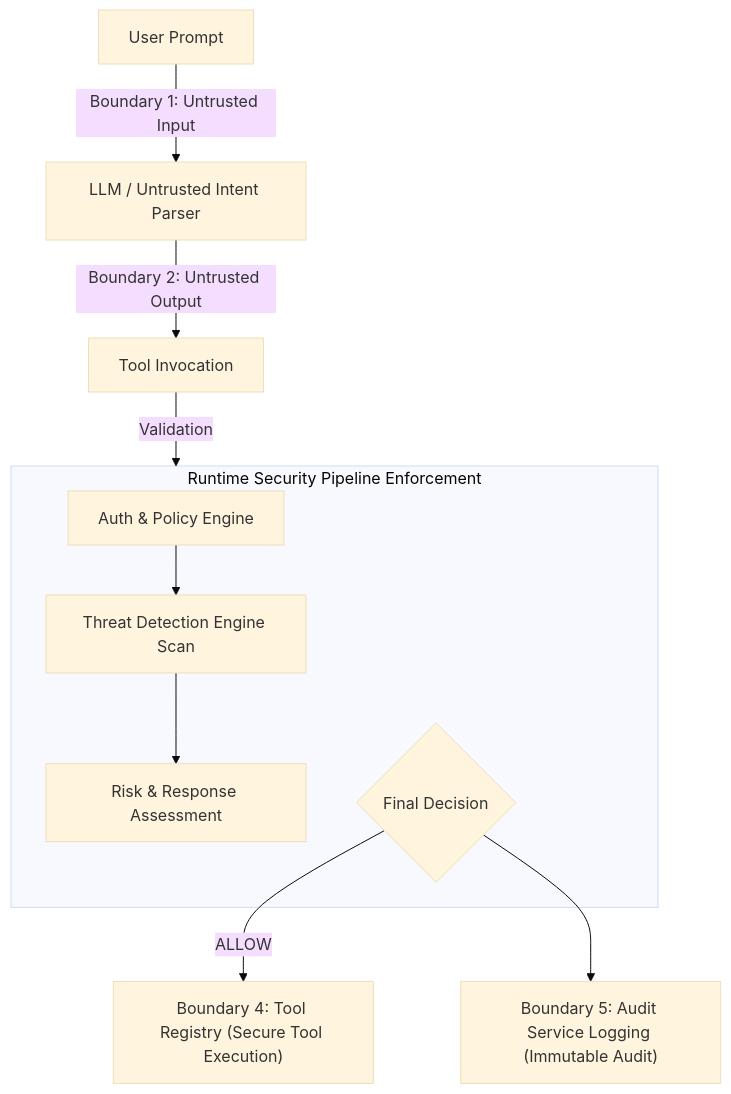
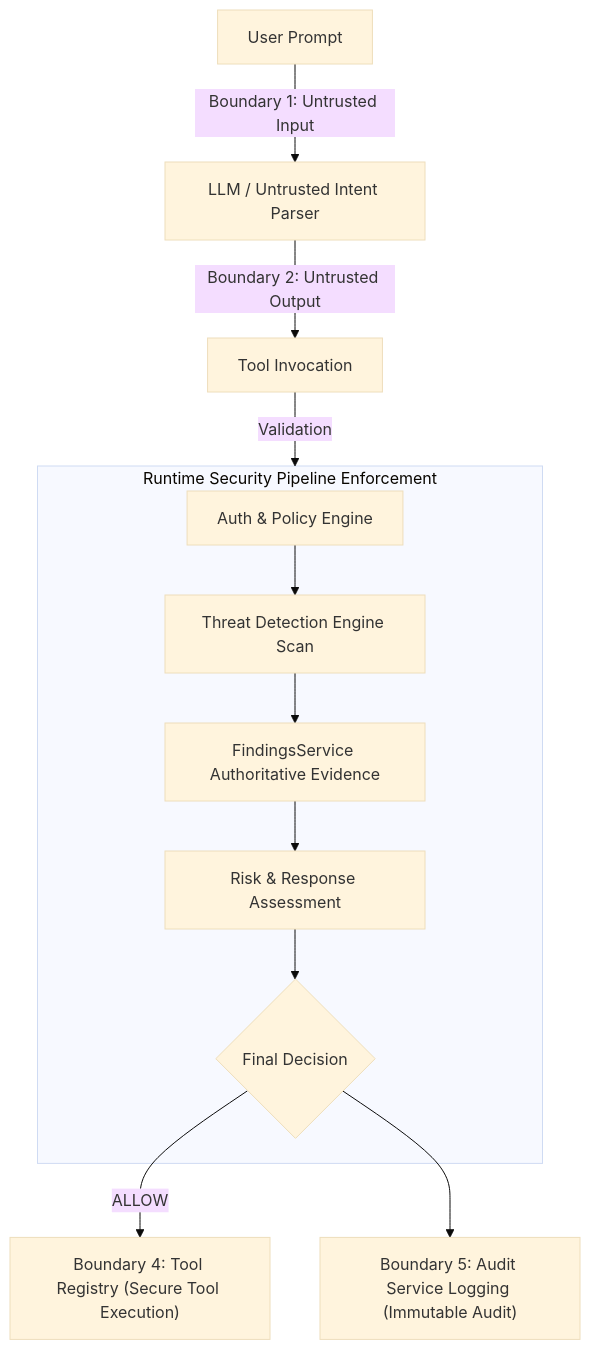
One commit to mathurshubh/enterprise-agent-security-platform changed the diagram in docs/security/threat-model.md. Above: the diagram before and after it, drawn with Mermaid (base theme). The commit also changed other lines of this file and 6 other files, not shown here.

Commit message:
docs: synchronize platform documentation and roadmap (#87)

````diff
--- a/docs/security/threat-model.md
+++ b/docs/security/threat-model.md
@@ -62,15 +64,16 @@
 ```mermaid
 flowchart TD
     User[User Prompt] -->|Boundary 1: Untrusted Input| LLM[LLM / Untrusted Intent Parser]
     LLM -->|Boundary 2: Untrusted Output| ToolInvoc[Tool Invocation]
     ToolInvoc -->|Validation| SecBoundary["Boundary 3: Runtime Security Pipeline"]
     
     subgraph SecBoundary [Runtime Security Pipeline Enforcement]
         AuthPolicy[Auth & Policy Engine] --> DetEngine[Threat Detection Engine Scan]
-        DetEngine --> RiskResp[Risk & Response Assessment]
-        FinalDec{Final Decision}
+        DetEngine --> Findings[FindingsService Authoritative Evidence]
+        Findings --> RiskResp[Risk & Response Assessment]
+        RiskResp --> FinalDec{Final Decision}
     end
 
     FinalDec -->|ALLOW| AuthTool["Boundary 4: Tool Registry (Secure Tool Execution)"]
     FinalDec --> Audit["Boundary 5: Audit Service Logging (Immutable Audit)"]
 ```
````
